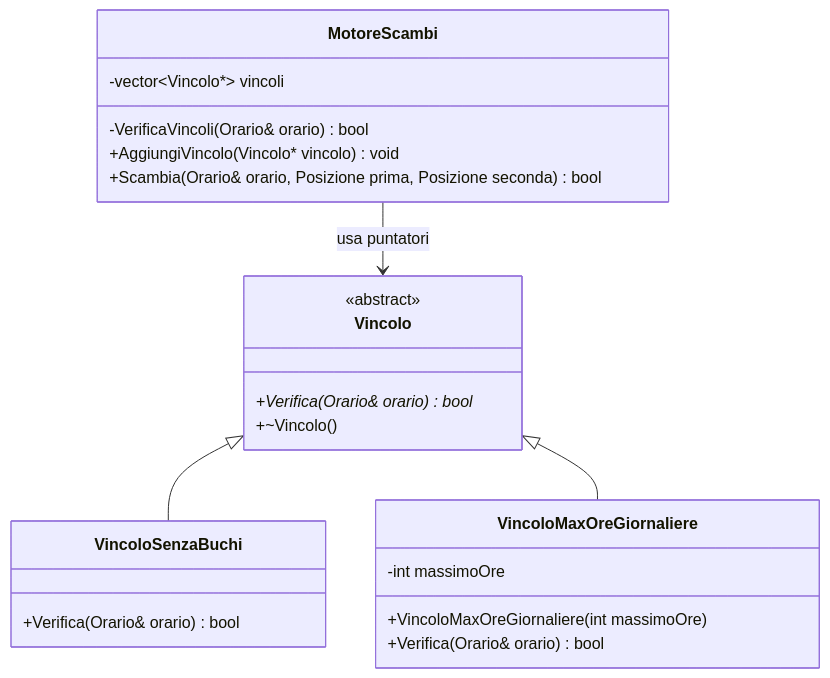
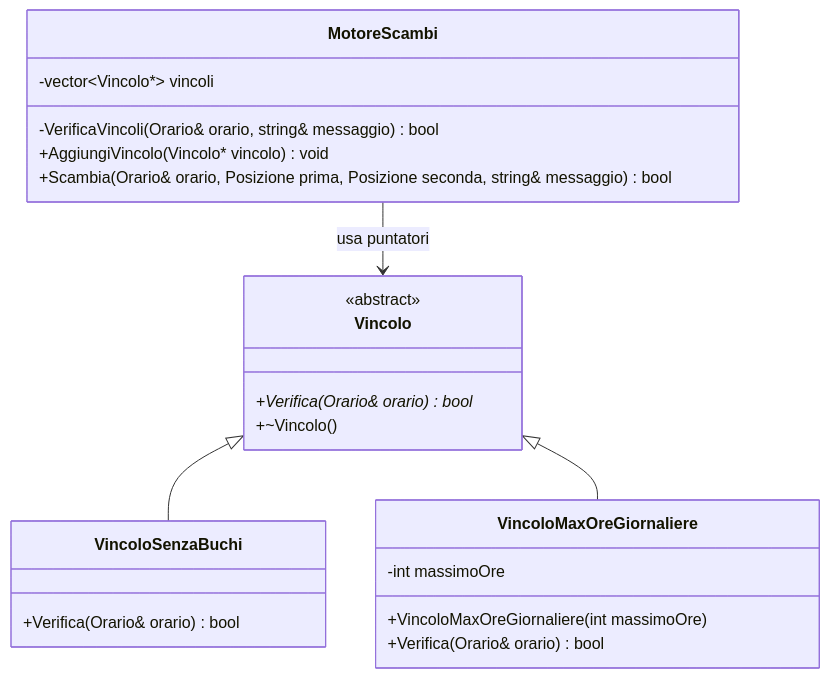
One commit to ChopperInf/OrarioClasseCPP_P1 changed the diagram in Documentazione/P2/P2_Dispensa_Teorica.md. Above: the diagram before and after it, drawn with Mermaid. The commit also changed other lines of this file and 5 other files, not shown here.

````diff
--- a/Documentazione/P2/P2_Dispensa_Teorica.md
+++ b/Documentazione/P2/P2_Dispensa_Teorica.md
@@ -79,26 +79,26 @@
 ```mermaid
 classDiagram
 direction TB
 class Vincolo {
     <<abstract>>
     +Verifica(Orario& orario) bool*
     +~Vincolo()
 }
 class VincoloSenzaBuchi {
     +Verifica(Orario& orario) bool
 }
 class VincoloMaxOreGiornaliere {
     -int massimoOre
     +VincoloMaxOreGiornaliere(int massimoOre)
     +Verifica(Orario& orario) bool
 }
 class MotoreScambi {
     -vector~Vincolo*~ vincoli
-    -VerificaVincoli(Orario& orario) bool
+    -VerificaVincoli(Orario& orario, string& messaggio) bool
     +AggiungiVincolo(Vincolo* vincolo) void
-    +Scambia(Orario& orario, Posizione prima, Posizione seconda) bool
+    +Scambia(Orario& orario, Posizione prima, Posizione seconda, string& messaggio) bool
 }
 Vincolo <|-- VincoloSenzaBuchi
 Vincolo <|-- VincoloMaxOreGiornaliere
 MotoreScambi --> Vincolo : usa puntatori
 ```
````
